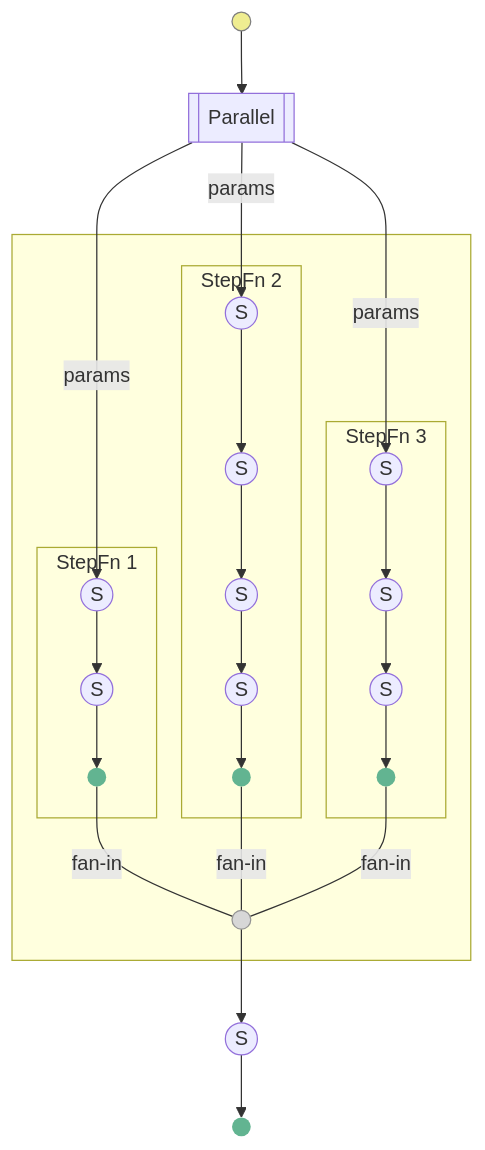
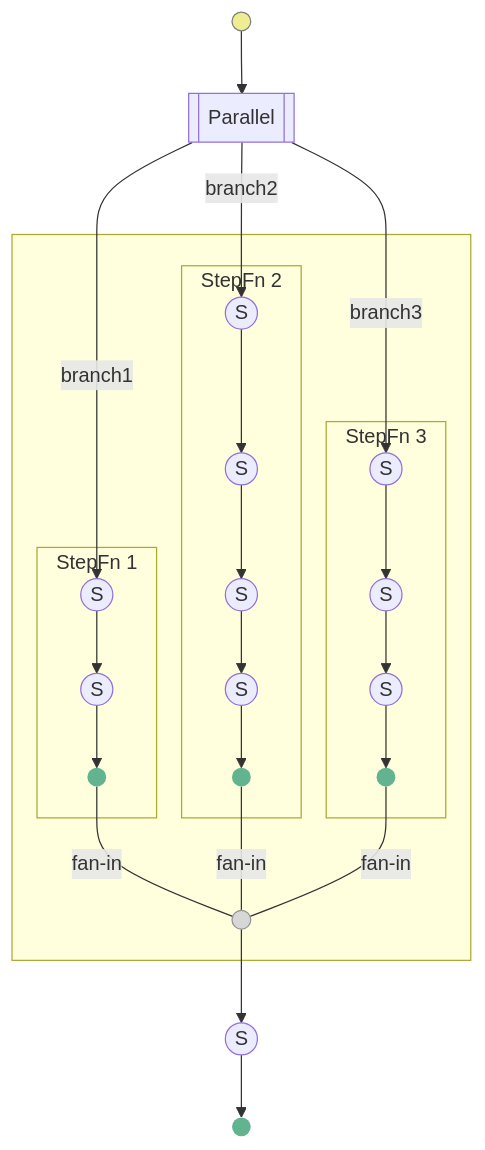
The fifth of 5 diagrams in docs/step-fns.md (inocan-group/aws-orchestrate), drawn with Mermaid before and after one commit. The commit also changed other lines of this file, not shown here.

````diff
--- a/docs/step-fns.md
+++ b/docs/step-fns.md
@@ -329,45 +323,45 @@
-    ``` mermaid
-    graph TB
-        START(( )) --> P1[[Parallel]]
-        P1 -->|params| PS11((S))
-        P1 -->|params| PS21((S))
-        P1 -->|params| PS31((S))
+  ```mermaid
+  graph TB
+      START(( )) --> P1[[Parallel]]
+      P1 -->|branch1| PS11((S))
+      P1 -->|branch2| PS21((S))
+      P1 -->|branch3| PS31((S))
 
-        subgraph parallel [ ]
+      subgraph parallel [ ]
 
-        subgraph StepFn3 [StepFn 3]
-        PS31 --> PS32((S))
-        PS32 --> PS33((S))
-        PS33 --> E3(( ))
-        end
+      subgraph StepFn3 [StepFn 3]
+      PS31 --> PS32((S))
+      PS32 --> PS33((S))
+      PS33 --> E3(( ))
+      end
 
 
-        subgraph StepFn2 [StepFn 2]
-        PS21 --> PS22((S))
-        PS22 --> PS23((S))
-        PS23 --> PS24((S))
-        PS24 --> E2(( ))
-        end
+      subgraph StepFn2 [StepFn 2]
+      PS21 --> PS22((S))
+      PS22 --> PS23((S))
+      PS23 --> PS24((S))
+      PS24 --> E2(( ))
+      end
 
-        subgraph StepFn1 [StepFn 1]
-        PS11 --> PS12((S))
-        PS12 --> E1(( ))
-        end
+      subgraph StepFn1 [StepFn 1]
+      PS11 --> PS12((S))
+      PS12 --> E1(( ))
+      end
 
-        E1 ---|fan-in| EE(( ))
-        E2 ---|fan-in| EE(( ))
-        E3 ---|fan-in| EE(( ))
+      E1 ---|fan-in| EE(( ))
+      E2 ---|fan-in| EE(( ))
+      E3 ---|fan-in| EE(( ))
 
-        end
+      end
 
-        EE --> S2((S))
-        S2 --> STOP(( ))
+      EE --> S2((S))
+      S2 --> STOP(( ))
 
-        style START fill:#EFED91,stroke:#7E7E7E,stroke-width:1px,color:#aaa
-        style E1 fill:#62B491,stroke:#62B491,stroke-width:0px,color:#aaa
-        style E2 fill:#62B491,stroke:#62B491,stroke-width:0px,color:#aaa
-        style E3 fill:#62B491,stroke:#62B491,stroke-width:0px,color:#aaa
-        style EE fill:#D7D7D7,stroke:#949494,stroke-width:1px,color:#aaa
-        style STOP fill:#62B491,stroke:#62B491,stroke-width:0px,color:#aaa
-        style parallel align: left
-    ```
+      style START fill:#EFED91,stroke:#7E7E7E,stroke-width:1px,color:#aaa
+      style E1 fill:#62B491,stroke:#62B491,stroke-width:0px,color:#aaa
+      style E2 fill:#62B491,stroke:#62B491,stroke-width:0px,color:#aaa
+      style E3 fill:#62B491,stroke:#62B491,stroke-width:0px,color:#aaa
+      style EE fill:#D7D7D7,stroke:#949494,stroke-width:1px,color:#aaa
+      style STOP fill:#62B491,stroke:#62B491,stroke-width:0px,color:#aaa
+      style parallel align: left
+  ```
````
